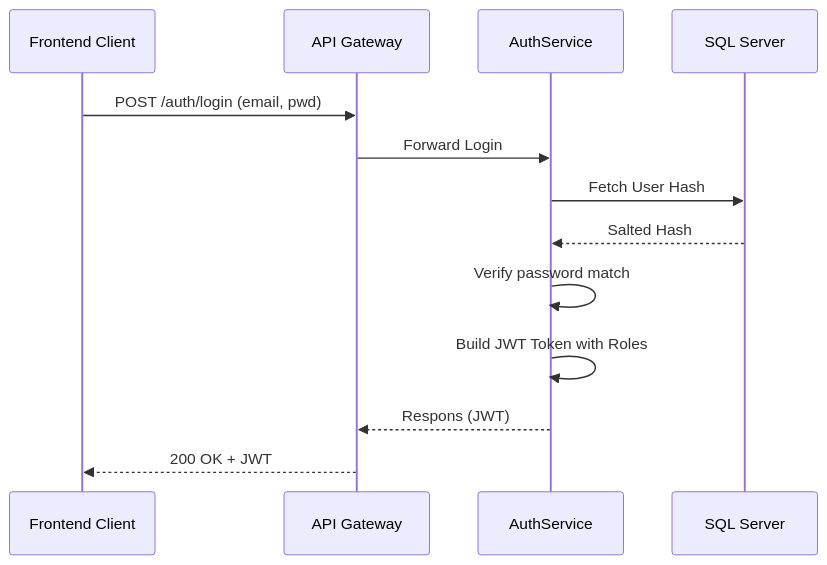
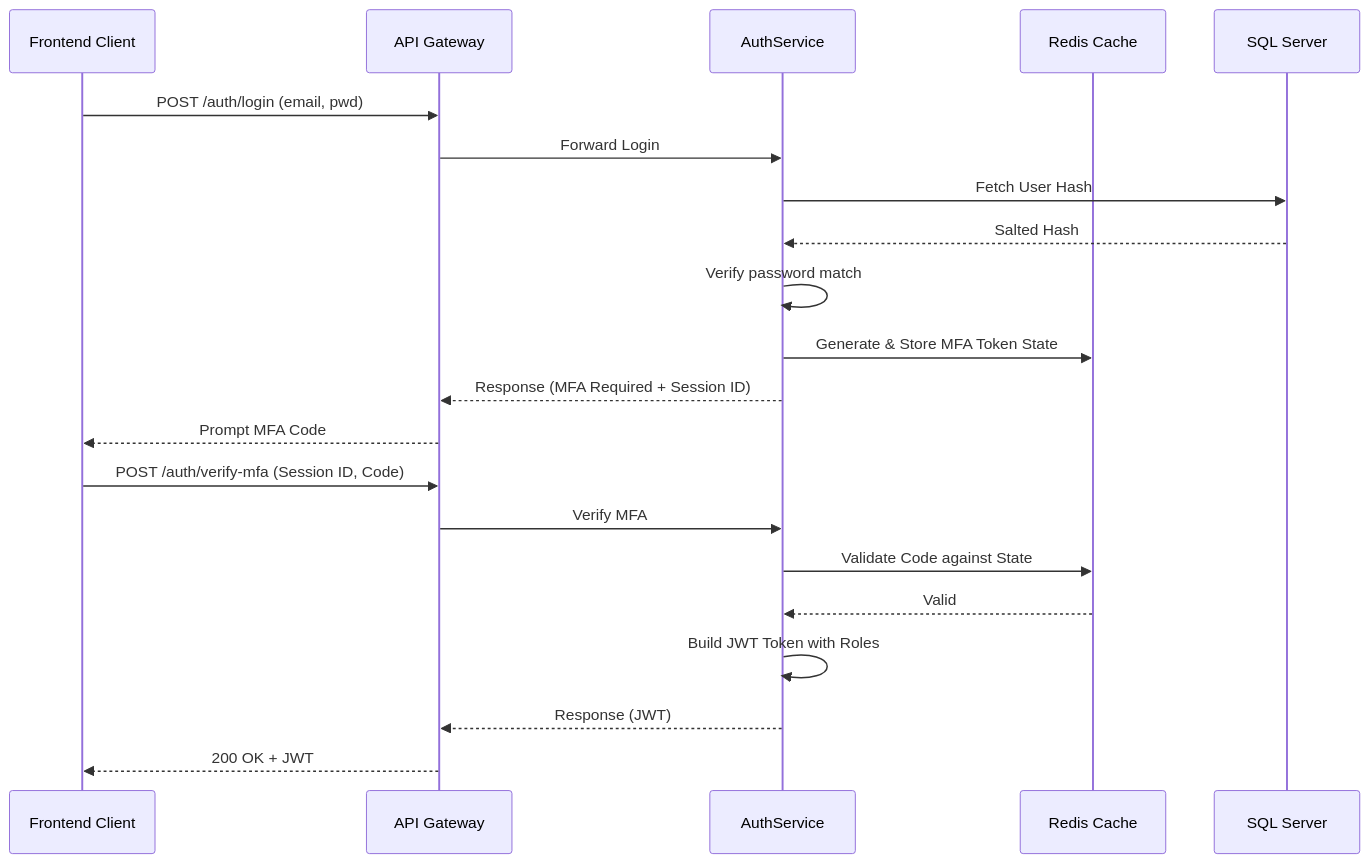
Before and after one commit to Kundan12218014/FastTrack-CapShop: diagram 11 of 16 in CapShop/docs/SystemArchitecture.md, drawn with Mermaid. The commit also changed other lines of this file and 95 other files, not shown here.

````diff
--- a/CapShop/docs/SystemArchitecture.md
+++ b/CapShop/docs/SystemArchitecture.md
@@ -442,16 +428,25 @@
 ```mermaid
 sequenceDiagram
     participant UI as Frontend Client
     participant GW as API Gateway
     participant Auth as AuthService
+    participant Redis as Redis Cache
     participant DB as SQL Server
 
     UI->>GW: POST /auth/login (email, pwd)
     GW->>Auth: Forward Login
     Auth->>DB: Fetch User Hash
     DB-->>Auth: Salted Hash
     Auth->>Auth: Verify password match
+    Auth->>Redis: Generate & Store MFA Token State
+    Auth-->>GW: Response (MFA Required + Session ID)
+    GW-->>UI: Prompt MFA Code
+
+    UI->>GW: POST /auth/verify-mfa (Session ID, Code)
+    GW->>Auth: Verify MFA
+    Auth->>Redis: Validate Code against State
+    Redis-->>Auth: Valid
     Auth->>Auth: Build JWT Token with Roles
-    Auth-->>GW: Respons (JWT)
+    Auth-->>GW: Response (JWT)
     GW-->>UI: 200 OK + JWT
 ```
````
